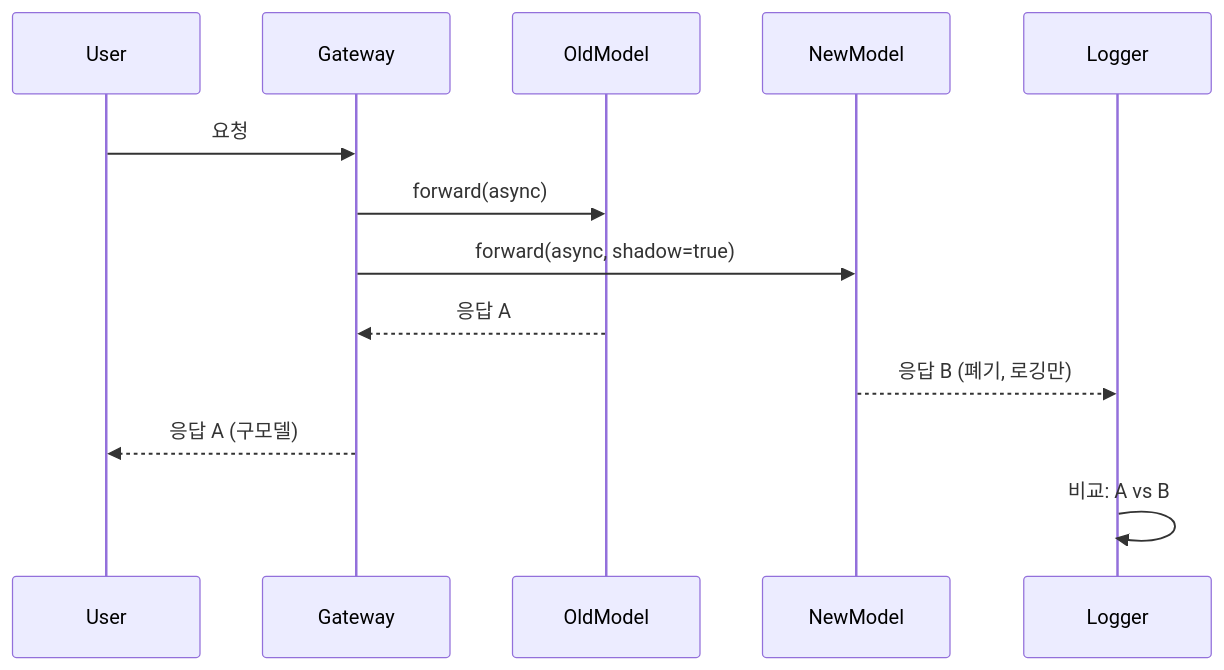
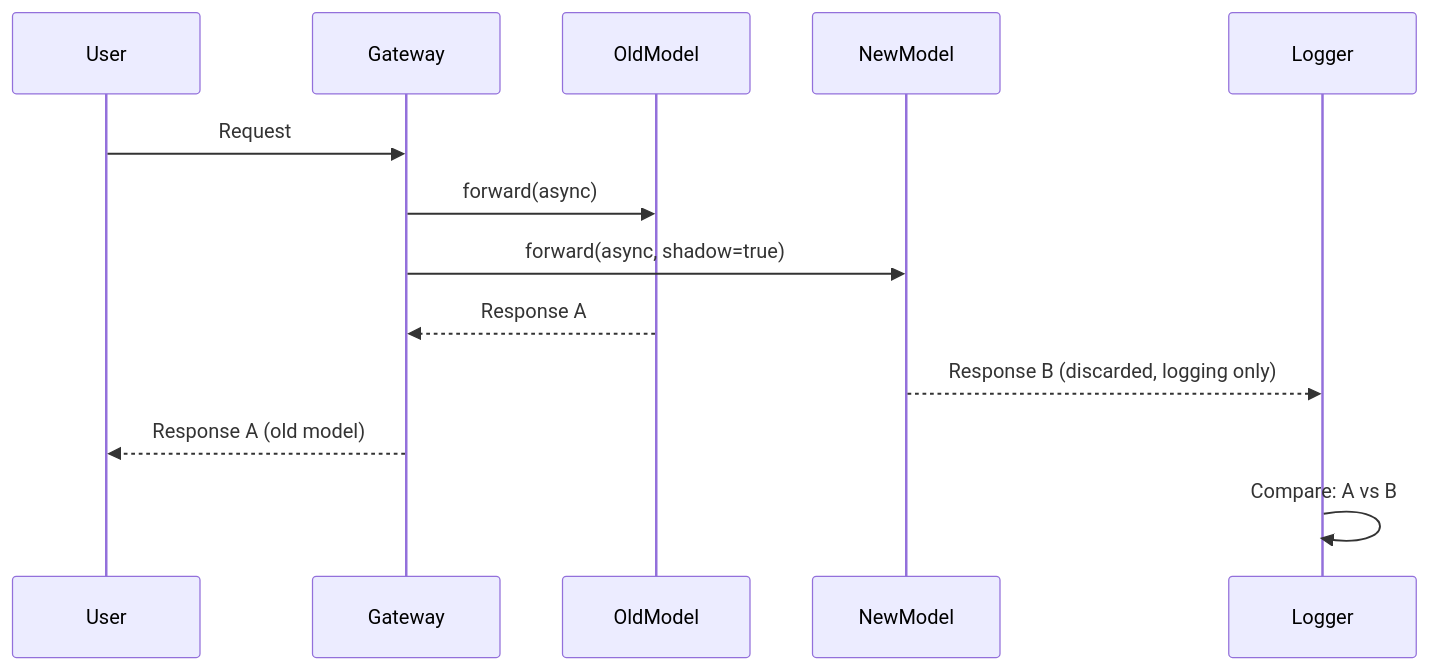
One commit to devfloor9/engineering-playbook changed the diagram in docs/aidlc/enterprise/agent-versioning/deployment-strategies.md. Above: the diagram before and after it, drawn with Mermaid. The commit also changed other lines of this file and 954 other files, not shown here.

````diff
--- a/docs/aidlc/enterprise/agent-versioning/deployment-strategies.md
+++ b/docs/aidlc/enterprise/agent-versioning/deployment-strategies.md
@@ -26,16 +26,16 @@
 ```mermaid
 sequenceDiagram
     participant User
     participant Gateway
     participant OldModel
     participant NewModel
     participant Logger
 
-    User->>Gateway: 요청
+    User->>Gateway: Request
     Gateway->>OldModel: forward(async)
     Gateway->>NewModel: forward(async, shadow=true)
-    OldModel-->>Gateway: 응답 A
-    NewModel-->>Logger: 응답 B (폐기, 로깅만)
-    Gateway-->>User: 응답 A (구모델)
-    Logger->>Logger: 비교: A vs B
+    OldModel-->>Gateway: Response A
+    NewModel-->>Logger: Response B (discarded, logging only)
+    Gateway-->>User: Response A (old model)
+    Logger->>Logger: Compare: A vs B
 ```
````
